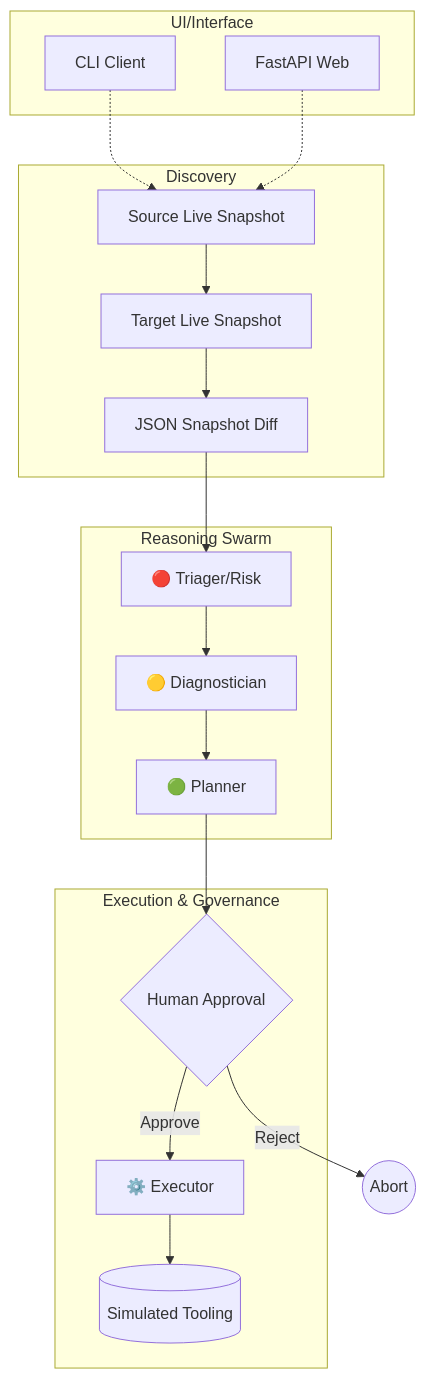
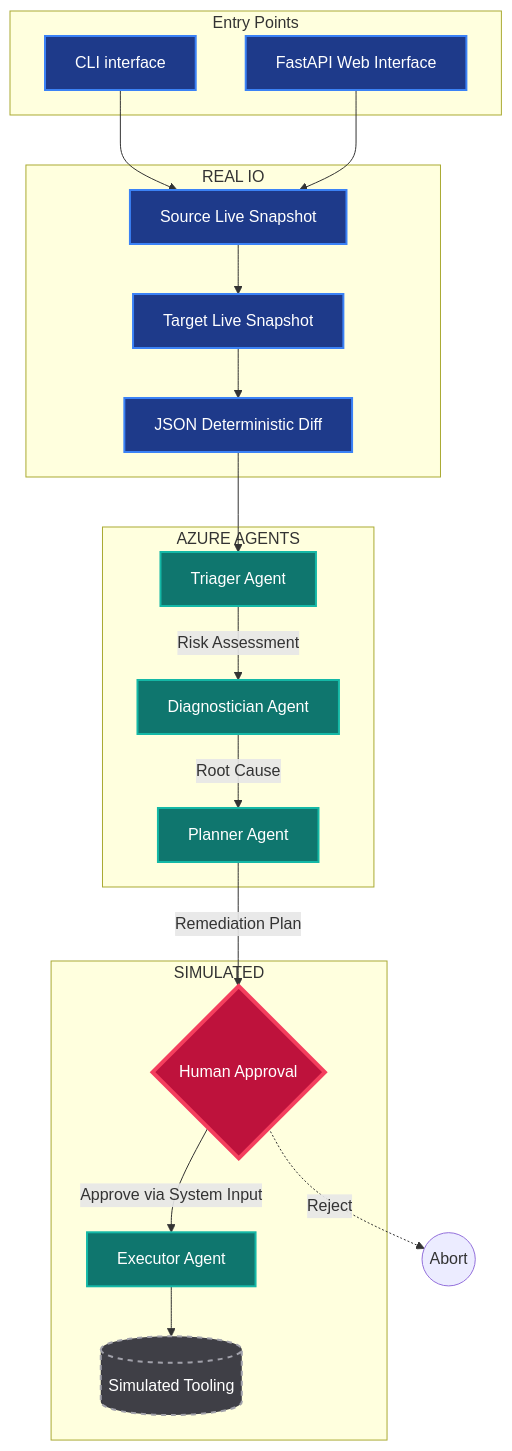
One commit to shahaman098/MigrationOps-Copilot changed the first of 2 diagrams in README.md. Above: the diagram before and after it, drawn with Mermaid. The commit also changed other lines of this file and 21 other files, not shown here.

````diff
--- a/README.md
+++ b/README.md
@@ -78,40 +77,42 @@
 ```mermaid
 graph TD
-    subgraph UI/Interface
-        CLI[CLI Client]
-        WEB[FastAPI Web]
+    classDef real fill:#1e3a8a,stroke:#3b82f6,stroke-width:2px,color:#fff;
+    classDef agent fill:#0f766e,stroke:#14b8a6,stroke-width:2px,color:#fff;
+    classDef gate fill:#be123c,stroke:#f43f5e,stroke-width:4px,color:#fff;
+    classDef sim fill:#3f3f46,stroke:#a1a1aa,stroke-width:2px,color:#fff,stroke-dasharray: 5 5;
+
+    subgraph Entry Points
+        CLI[CLI interface]:::real
+        WEB[FastAPI Web Interface]:::real
     end
 
-    subgraph Discovery
-        S1[Source Live Snapshot]
-        S2[Target Live Snapshot]
-        DIFF[JSON Snapshot Diff]
+    subgraph Discovery Module [REAL IO]
+        S1[Source Live Snapshot]:::real
+        S2[Target Live Snapshot]:::real
+        DIFF[JSON Deterministic Diff]:::real
     end
 
-    subgraph Reasoning Swarm
-        TR[🔴 Triager/Risk]
-        DX[🟡 Diagnostician]
-        PL[🟢 Planner]
+    subgraph Reasoning Pipeline [AZURE AGENTS]
+        TR[Triager Agent]:::agent
+        DX[Diagnostician Agent]:::agent
+        PL[Planner Agent]:::agent
     end
 
-    subgraph Execution & Governance
-        GATE{Human Approval}
-        EX[⚙️ Executor]
-        SIM[(Simulated Tooling)]
+    subgraph Governance & Execution [SIMULATED]
+        GATE{Human Approval}:::gate
+        EX[Executor Agent]:::agent
+        SIM[(Simulated Tooling)]:::sim
     end
 
-    CLI -.-> S1
-    WEB -.-> S1
-    
+    CLI --> S1
+    WEB --> S1
     S1 --> S2
     S2 --> DIFF
-    
     DIFF --> TR
-    TR --> DX
-    DX --> PL
-    PL --> GATE
-    
-    GATE -->|Reject| STOP((Abort))
-    GATE -->|Approve| EX
+    TR -->|Risk Assessment| DX
+    DX -->|Root Cause| PL
+    PL -->|Remediation Plan| GATE
+    GATE -->|Approve via System Input| EX
+    GATE -.->|Reject| ABORT((Abort))
     EX --> SIM
 ```
````
